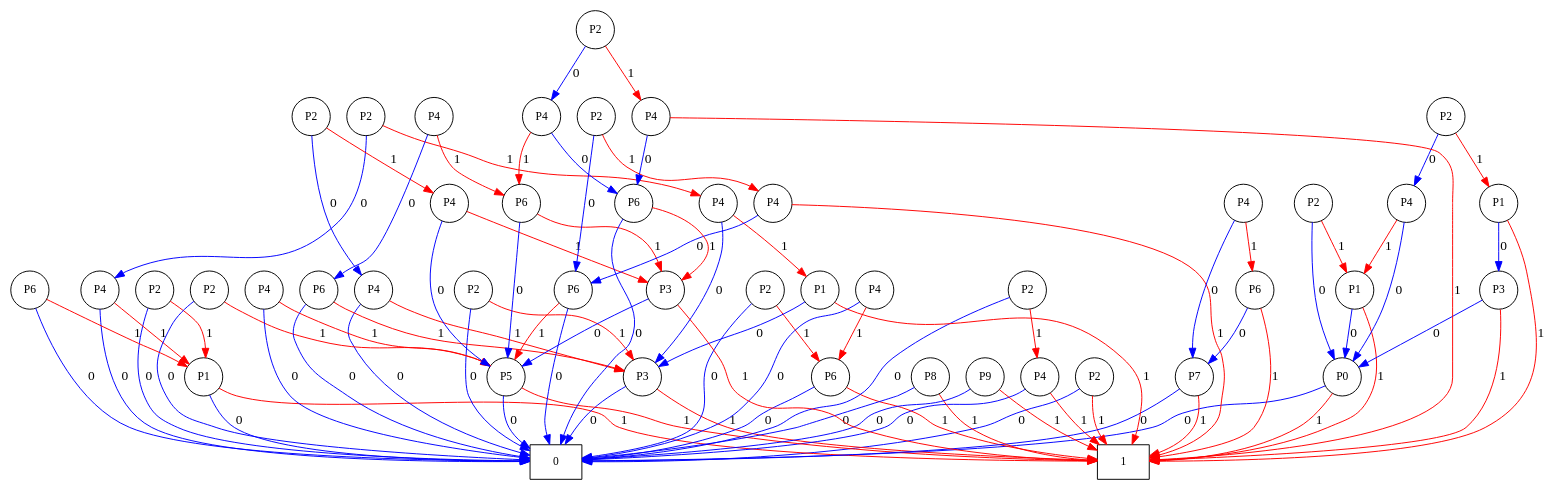
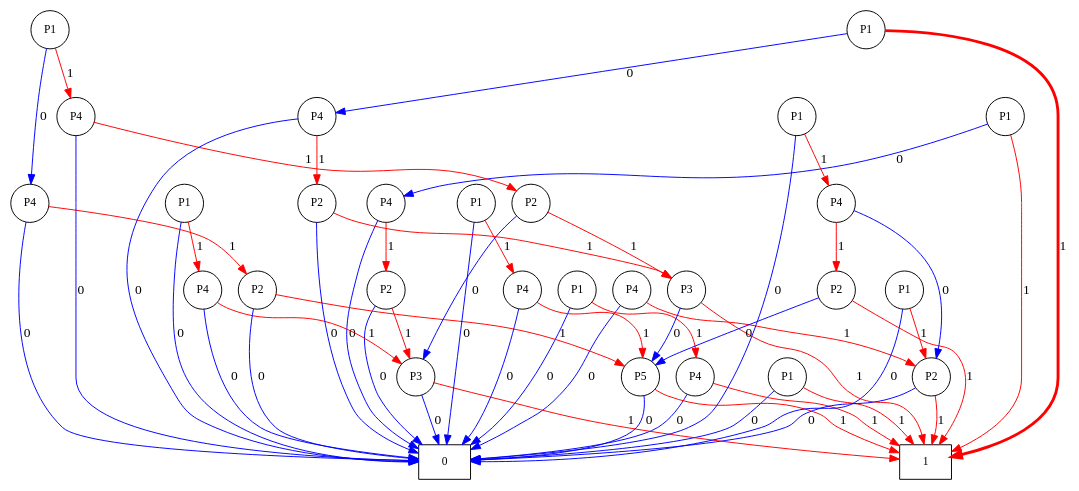
The diagram in visualization/bdd_path_M0.dot (kimanh05/MHH-Petri-Nets), drawn with Graphviz before and after one commit. The commit also changed 36 other files, not shown here.

```diff
--- a/visualization/bdd_path_M0.dot
+++ b/visualization/bdd_path_M0.dot
@@ -1,138 +1,87 @@
 digraph BDD_M0 {
     rankdir=TB;
     node [shape=circle, fontsize=12];
     0 [label="0", shape=box];
     1 [label="1", shape=box];
-    2 [label="P0"];
-    3 [label="P2"];
-    4 [label="P1"];
-    5 [label="P2"];
+    2 [label="P1"];
+    3 [label="P4"];
+    4 [label="P2"];
+    5 [label="P4"];
     6 [label="P3"];
     7 [label="P2"];
     8 [label="P4"];
-    9 [label="P4"];
+    9 [label="P1"];
     10 [label="P4"];
-    11 [label="P5"];
-    12 [label="P2"];
-    13 [label="P6"];
-    14 [label="P6"];
+    11 [label="P1"];
+    12 [label="P5"];
+    13 [label="P2"];
+    14 [label="P4"];
     15 [label="P4"];
-    16 [label="P6"];
-    17 [label="P2"];
-    18 [label="P6"];
-    19 [label="P2"];
-    20 [label="P7"];
+    16 [label="P1"];
+    17 [label="P1"];
+    18 [label="P1"];
+    19 [label="P3"];
+    20 [label="P2"];
     21 [label="P4"];
-    22 [label="P8"];
-    23 [label="P9"];
-    24 [label="P1"];
-    25 [label="P2"];
-    26 [label="P1"];
+    22 [label="P1"];
+    23 [label="P2"];
+    24 [label="P4"];
+    25 [label="P1"];
+    26 [label="P2"];
     27 [label="P4"];
-    28 [label="P2"];
-    29 [label="P3"];
-    30 [label="P4"];
-    31 [label="P2"];
-    32 [label="P6"];
-    33 [label="P4"];
-    34 [label="P4"];
-    35 [label="P2"];
-    36 [label="P6"];
-    37 [label="P4"];
-    38 [label="P4"];
-    39 [label="P3"];
-    40 [label="P1"];
-    41 [label="P2"];
-    42 [label="P6"];
-    43 [label="P4"];
-    44 [label="P4"];
-    45 [label="P2"];
+    28 [label="P1"];
     2 -> 0 [label="0", color="blue"];
     2 -> 1 [label="1", color="red"];
     3 -> 0 [label="0", color="blue"];
     3 -> 1 [label="1", color="red"];
     4 -> 0 [label="0", color="blue"];
     4 -> 1 [label="1", color="red"];
     5 -> 0 [label="0", color="blue"];
     5 -> 4 [label="1", color="red"];
     6 -> 0 [label="0", color="blue"];
     6 -> 1 [label="1", color="red"];
     7 -> 0 [label="0", color="blue"];
     7 -> 6 [label="1", color="red"];
     8 -> 0 [label="0", color="blue"];
-    8 -> 1 [label="1", color="red"];
+    8 -> 7 [label="1", color="red"];
     9 -> 0 [label="0", color="blue"];
-    9 -> 4 [label="1", color="red"];
+    9 -> 3 [label="1", color="red"];
     10 -> 0 [label="0", color="blue"];
     10 -> 6 [label="1", color="red"];
     11 -> 0 [label="0", color="blue"];
-    11 -> 1 [label="1", color="red"];
+    11 -> 10 [label="1", color="red"];
     12 -> 0 [label="0", color="blue"];
-    12 -> 11 [label="1", color="red"];
+    12 -> 1 [label="1", color="red"];
     13 -> 0 [label="0", color="blue"];
-    13 -> 1 [label="1", color="red"];
+    13 -> 12 [label="1", color="red"];
     14 -> 0 [label="0", color="blue"];
-    14 -> 4 [label="1", color="red"];
+    14 -> 13 [label="1", color="red"];
     15 -> 0 [label="0", color="blue"];
-    15 -> 11 [label="1", color="red"];
+    15 -> 12 [label="1", color="red"];
     16 -> 0 [label="0", color="blue"];
-    16 -> 6 [label="1", color="red"];
+    16 -> 15 [label="1", color="red"];
     17 -> 0 [label="0", color="blue"];
-    17 -> 8 [label="1", color="red"];
-    18 -> 0 [label="0", color="blue"];
-    18 -> 11 [label="1", color="red"];
-    19 -> 0 [label="0", color="blue"];
-    19 -> 13 [label="1", color="red"];
-    20 -> 0 [label="0", color="blue"];
-    20 -> 1 [label="1", color="red"];
+    17 -> 4 [label="1", color="red"];
+    18 -> 8 [label="0", color="blue"];
+    18 -> 1 [label="1", color="red"];
+    19 -> 12 [label="0", color="blue"];
+    19 -> 1 [label="1", color="red"];
+    20 -> 6 [label="0", color="blue"];
+    20 -> 19 [label="1", color="red"];
     21 -> 0 [label="0", color="blue"];
-    21 -> 13 [label="1", color="red"];
-    22 -> 0 [label="0", color="blue"];
-    22 -> 1 [label="1", color="red"];
-    23 -> 0 [label="0", color="blue"];
+    21 -> 20 [label="1", color="red"];
+    22 -> 14 [label="0", color="blue"];
+    22 -> 21 [label="1", color="red"];
+    23 -> 12 [label="0", color="blue"];
     23 -> 1 [label="1", color="red"];
-    24 -> 2 [label="0", color="blue"];
-    24 -> 1 [label="1", color="red"];
-    25 -> 2 [label="0", color="blue"];
+    24 -> 4 [label="0", color="blue"];
+    24 -> 23 [label="1", color="red"];
+    25 -> 0 [label="0", color="blue"];
     25 -> 24 [label="1", color="red"];
-    26 -> 6 [label="0", color="blue"];
-    26 -> 1 [label="1", color="red"];
-    27 -> 6 [label="0", color="blue"];
+    26 -> 0 [label="0", color="blue"];
+    26 -> 19 [label="1", color="red"];
+    27 -> 0 [label="0", color="blue"];
     27 -> 26 [label="1", color="red"];
-    28 -> 9 [label="0", color="blue"];
-    28 -> 27 [label="1", color="red"];
-    29 -> 11 [label="0", color="blue"];
-    29 -> 1 [label="1", color="red"];
-    30 -> 11 [label="0", color="blue"];
-    30 -> 29 [label="1", color="red"];
-    31 -> 10 [label="0", color="blue"];
-    31 -> 30 [label="1", color="red"];
-    32 -> 11 [label="0", color="blue"];
-    32 -> 29 [label="1", color="red"];
-    33 -> 16 [label="0", color="blue"];
-    33 -> 32 [label="1", color="red"];
-    34 -> 18 [label="0", color="blue"];
-    34 -> 1 [label="1", color="red"];
-    35 -> 18 [label="0", color="blue"];
-    35 -> 34 [label="1", color="red"];
-    36 -> 20 [label="0", color="blue"];
-    36 -> 1 [label="1", color="red"];
-    37 -> 20 [label="0", color="blue"];
-    37 -> 36 [label="1", color="red"];
-    38 -> 2 [label="0", color="blue"];
-    38 -> 24 [label="1", color="red"];
-    39 -> 2 [label="0", color="blue"];
-    39 -> 1 [label="1", color="red"];
-    40 -> 39 [label="0", color="blue"];
-    40 -> 1 [label="1", color="red"];
-    41 -> 38 [label="0", color="blue"];
-    41 -> 40 [label="1", color="red"];
-    42 -> 0 [label="0", color="blue"];
-    42 -> 29 [label="1", color="red"];
-    43 -> 42 [label="0", color="blue"];
-    43 -> 32 [label="1", color="red"];
-    44 -> 42 [label="0", color="blue"];
-    44 -> 1 [label="1", color="red"];
-    45 -> 43 [label="0", color="blue"];
-    45 -> 44 [label="1", color="red"];
+    28 -> 27 [label="0", color="blue"];
+    28 -> 1 [label="1", color="red", penwidth=3];
 }
```
